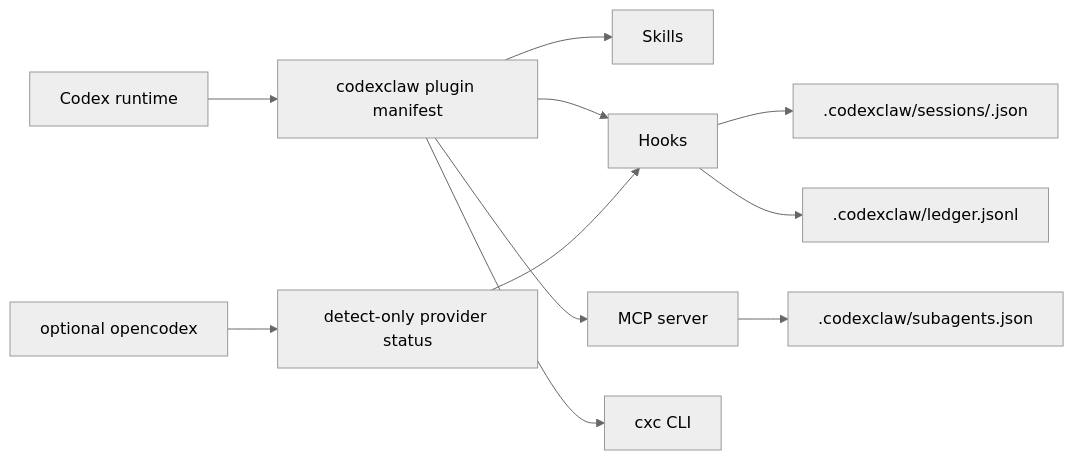
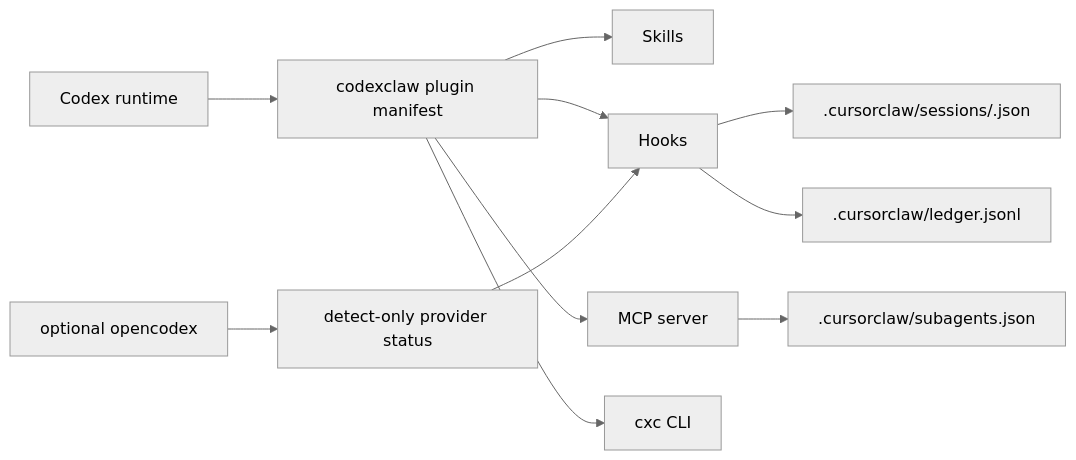
The diagram in devlog/_fin/mvp_hard/110_L11_developer_docs_website.md (lidge-jun/lidgeclaw), drawn with Mermaid (neutral theme) before and after one commit. The commit also changed other lines of this file and 918 other files, not shown here.

````diff
--- a/devlog/_fin/mvp_hard/110_L11_developer_docs_website.md
+++ b/devlog/_fin/mvp_hard/110_L11_developer_docs_website.md
@@ -208,13 +208,13 @@
 ```mermaid
 flowchart LR
   A["Codex runtime"] --> B["codexclaw plugin manifest"]
   B --> C["Skills"]
   B --> D["Hooks"]
   B --> E["MCP server"]
   B --> F["cxc CLI"]
-  D --> G[".codexclaw/sessions/<id>.json"]
-  D --> H[".codexclaw/ledger.jsonl"]
-  E --> I[".codexclaw/subagents.json"]
+  D --> G[".cursorclaw/sessions/<id>.json"]
+  D --> H[".cursorclaw/ledger.jsonl"]
+  E --> I[".cursorclaw/subagents.json"]
   J["optional opencodex"] --> K["detect-only provider status"]
   K --> D
 ```
````
